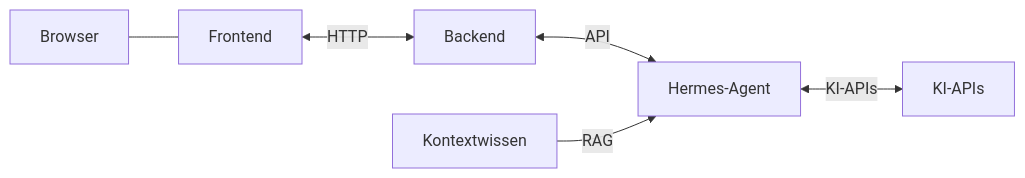
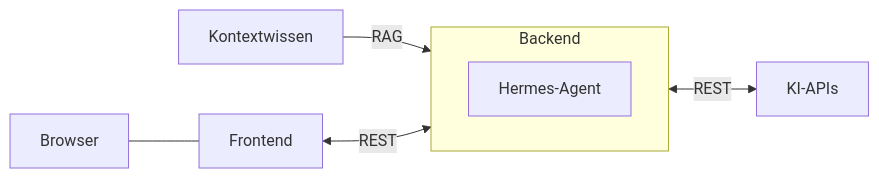
The second of 2 diagrams in doc/architecture/03-kontextabgrenzung.md (jomatotu/learning-in-progress), drawn with Mermaid before and after one commit. The commit also changed other lines of this file, not shown here.

Commit message:
Refine architectural documentation by restructuring the backend section to include the Hermes-Agent within a dedicated subgraph. Update diagram connections to reflect REST interactions and enhance the description of the Hermes-Agent's role in the orchestration environment.

````diff
--- a/doc/architecture/03-kontextabgrenzung.md
+++ b/doc/architecture/03-kontextabgrenzung.md
@@ -29,15 +29,17 @@
 ```mermaid
 flowchart LR
   browser[Browser]
   frontend[Frontend]
-  backend[Backend]
-  hermes[Hermes-Agent]
   ki[KI-APIs]
   kontext[Kontextwissen]
 
+  subgraph backend [Backend]
+    direction LR
+    hermes[Hermes-Agent]
+  end
+
   browser --- frontend
-  frontend <-->|HTTP| backend
-  backend <-->|API| hermes
-  hermes <-->|KI-APIs| ki
+  frontend <-->|REST| backend
+  hermes <-->|REST| ki
   kontext -->|RAG| hermes
 ```
````
